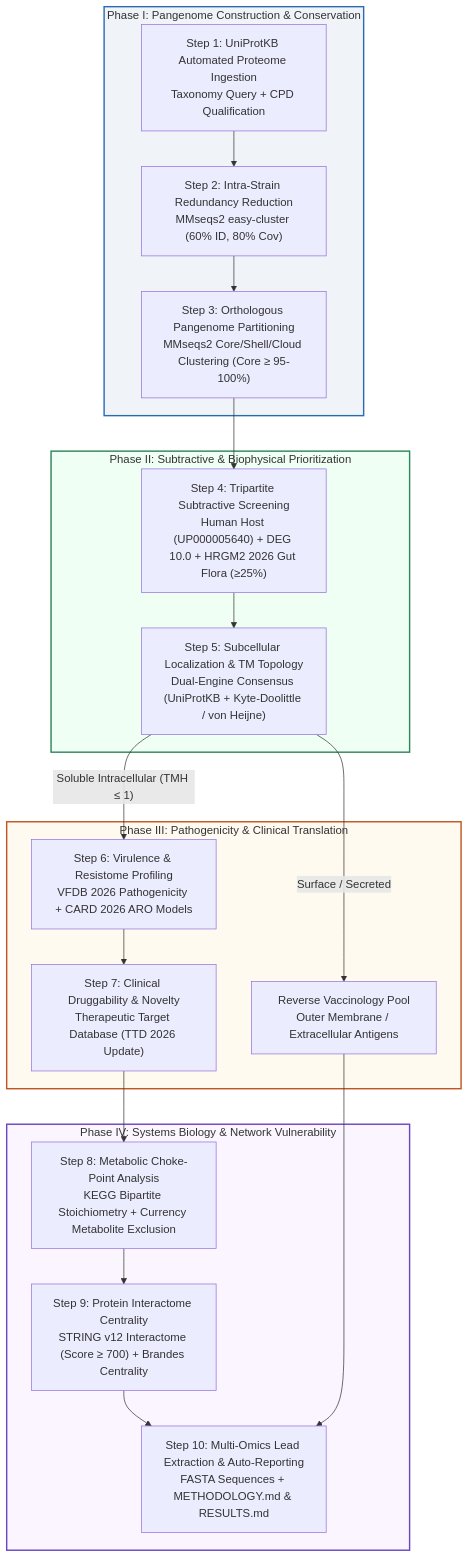
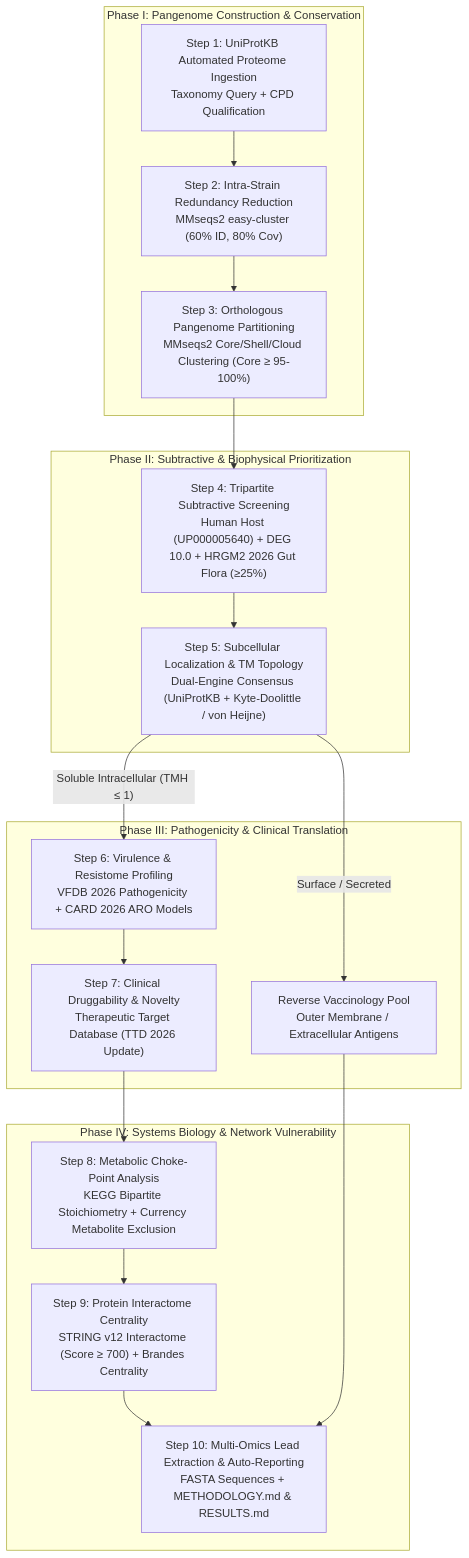
One commit to Soash/pandruvaci changed the diagram in README.md. Above: the diagram before and after it, drawn with Mermaid. The commit also changed 1 other file, not shown here.

Commit message:
Remove background color styling from Mermaid diagram to keep clean default theme

````diff
--- a/README.md
+++ b/README.md
@@ -126,30 +126,25 @@
 ```mermaid
 flowchart TD
     subgraph P1 ["Phase I: Pangenome Construction & Conservation"]
         S1["Step 1: UniProtKB Automated Proteome Ingestion<br/>Taxonomy Query + CPD Qualification"] --> S2["Step 2: Intra-Strain Redundancy Reduction<br/>MMseqs2 easy-cluster (60% ID, 80% Cov)"]
         S2 --> S3["Step 3: Orthologous Pangenome Partitioning<br/>MMseqs2 Core/Shell/Cloud Clustering (Core ≥ 95-100%)"]
     end
 
     subgraph P2 ["Phase II: Subtractive & Biophysical Prioritization"]
         S3 --> S4["Step 4: Tripartite Subtractive Screening<br/>Human Host (UP000005640) + DEG 10.0 + HRGM2 2026 Gut Flora (≥25%)"]
         S4 --> S5["Step 5: Subcellular Localization & TM Topology<br/>Dual-Engine Consensus (UniProtKB + Kyte-Doolittle / von Heijne)"]
     end
 
     subgraph P3 ["Phase III: Pathogenicity & Clinical Translation"]
         S5 -->|"Soluble Intracellular (TMH ≤ 1)"| S6["Step 6: Virulence & Resistome Profiling<br/>VFDB 2026 Pathogenicity + CARD 2026 ARO Models"]
         S5 -->|"Surface / Secreted"| VAC["Reverse Vaccinology Pool<br/>Outer Membrane / Extracellular Antigens"]
         S6 --> S7["Step 7: Clinical Druggability & Novelty<br/>Therapeutic Target Database (TTD 2026 Update)"]
     end
 
     subgraph P4 ["Phase IV: Systems Biology & Network Vulnerability"]
         S7 --> S8["Step 8: Metabolic Choke-Point Analysis<br/>KEGG Bipartite Stoichiometry + Currency Metabolite Exclusion"]
         S8 --> S9["Step 9: Protein Interactome Centrality<br/>STRING v12 Interactome (Score ≥ 700) + Brandes Centrality"]
         S9 --> REP["Step 10: Multi-Omics Lead Extraction & Auto-Reporting<br/>FASTA Sequences + METHODOLOGY.md & RESULTS.md"]
         VAC --> REP
     end
-
-    style P1 fill:#f0f4f8,stroke:#2b6cb0,stroke-width:2px
-    style P2 fill:#f0fff4,stroke:#2f855a,stroke-width:2px
-    style P3 fill:#fffaf0,stroke:#c05621,stroke-width:2px
-    style P4 fill:#faf5ff,stroke:#6b46c1,stroke-width:2px
 ```
````
